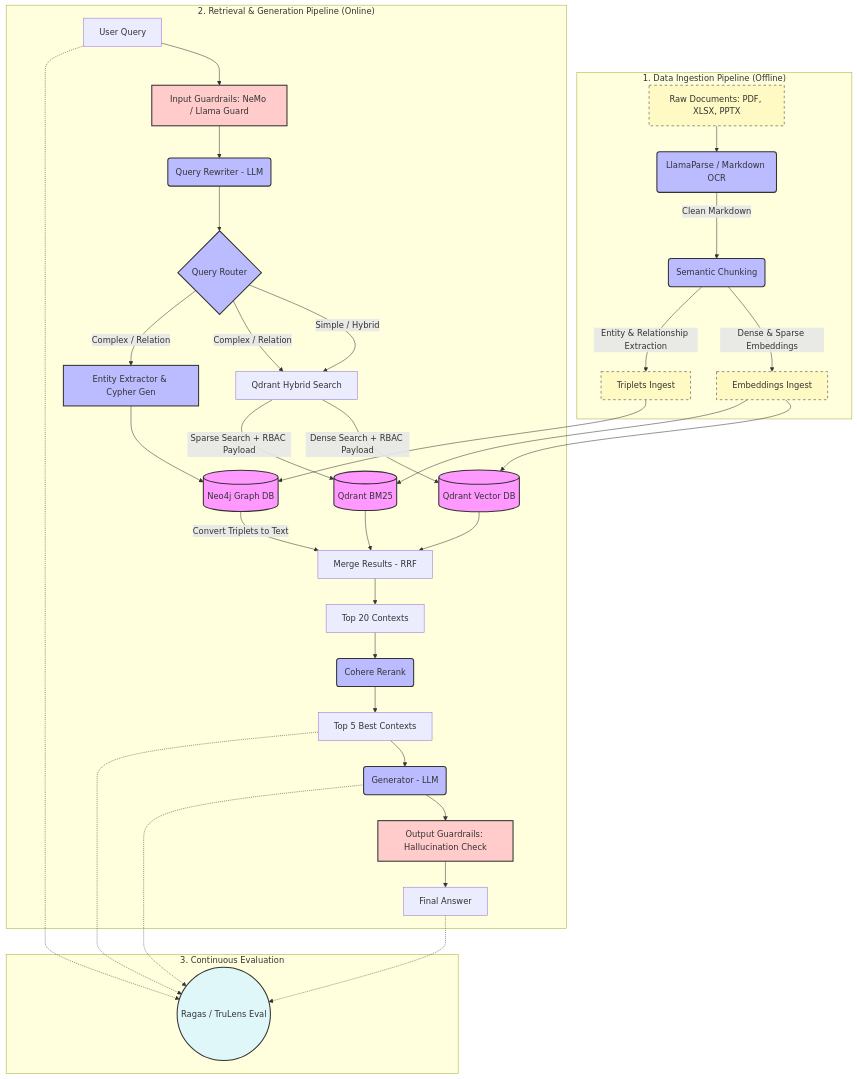
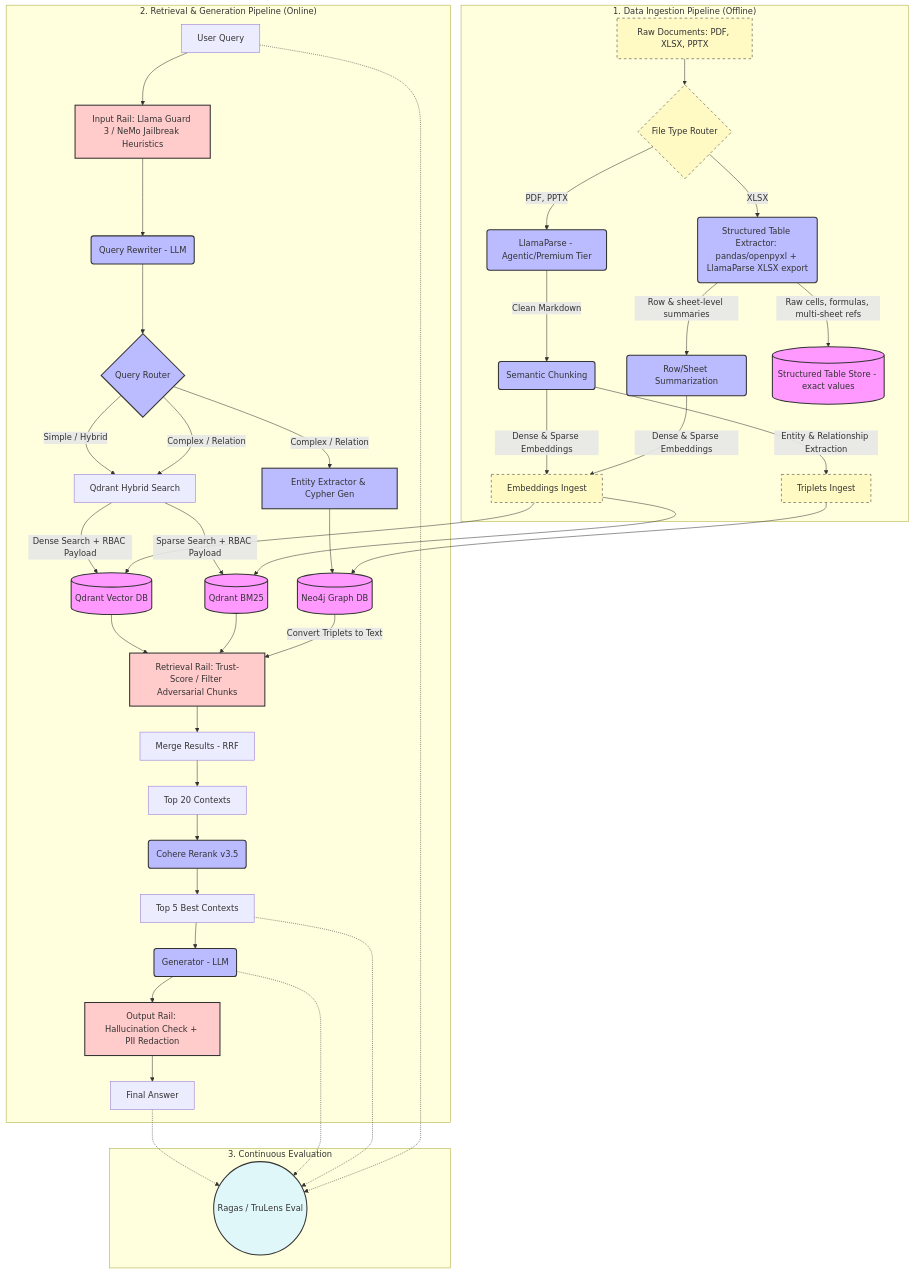
The diagram in README.md (le-dat/rag-enterprise), drawn with Mermaid before and after one commit. The commit also changed other lines of this file and 16 other files, not shown here.

Commit message:
docs: update system architecture and ingestion strategy documentation while removing unused legacy source code

````diff
--- a/README.md
+++ b/README.md
@@ -7,67 +7,74 @@
 ```mermaid
 graph TD
-    %% 1. Ingestion Pipeline (Dotted/Dashed flows)
+    %% 1. Ingestion Pipeline
     subgraph Ingestion_Pipeline ["1. Data Ingestion Pipeline (Offline)"]
-        Docs[Raw Documents: PDF, XLSX, PPTX] --> LP(LlamaParse / Markdown OCR)
+        Docs[Raw Documents: PDF, XLSX, PPTX] --> Router{File Type Router}
+        Router -->|PDF, PPTX| LP(LlamaParse - Agentic/Premium Tier)
+        Router -->|XLSX| XP(Structured Table Extractor: pandas/openpyxl + LlamaParse XLSX export)
         LP -->|Clean Markdown| SC(Semantic Chunking)
+        XP -->|Row & sheet-level summaries| SC2(Row/Sheet Summarization)
+        XP -->|Raw cells, formulas, multi-sheet refs| STORE_RAW[(Structured Table Store - exact values)]
         SC -->|Dense & Sparse Embeddings| Q_Ingest[Embeddings Ingest]
+        SC2 -->|Dense & Sparse Embeddings| Q_Ingest
         SC -->|Entity & Relationship Extraction| N_Ingest[Triplets Ingest]
     end
 
-    %% 2. Retrieval & Generation Pipeline (Online)
+    %% 2. Retrieval & Generation Pipeline
     subgraph Query_Pipeline ["2. Retrieval & Generation Pipeline (Online)"]
-        User[User Query] --> IG[Input Guardrails: NeMo / Llama Guard]
+        User[User Query] --> IG[Input Rail: Llama Guard 3 / NeMo Jailbreak Heuristics]
         IG --> B(Query Rewriter - LLM)
         B --> QR{Query Router}
-        
+
         %% Routing
         QR -->|Simple / Hybrid| H_Search[Qdrant Hybrid Search]
         QR -->|Complex / Relation| H_Search
         QR -->|Complex / Relation| EE[Entity Extractor & Cypher Gen]
-        
+
         %% Database Retrieval with RBAC
         H_Search -->|Dense Search + RBAC Payload| D1[(Qdrant Vector DB)]
         H_Search -->|Sparse Search + RBAC Payload| D2[(Qdrant BM25)]
         EE --> E[(Neo4j Graph DB)]
-        
+
+        %% Retrieval Rail (NEW) - filters poisoned/adversarial chunks BEFORE fusion
+        D1 --> RR[Retrieval Rail: Trust-Score / Filter Adversarial Chunks]
+        D2 --> RR
+        E -->|Convert Triplets to Text| RR
+
         %% Merge & Rerank
-        D1 --> F[Merge Results - RRF]
-        D2 --> F
-        E -->|Convert Triplets to Text| F
-        
+        RR --> F[Merge Results - RRF]
         F --> G[Top 20 Contexts]
-        G --> H(Cohere Rerank)
+        G --> H(Cohere Rerank v3.5)
         H --> I[Top 5 Best Contexts]
         I --> J(Generator - LLM)
-        
+
         %% Output Guardrails
-        J --> OG[Output Guardrails: Hallucination Check]
+        J --> OG[Output Rail: Hallucination Check + PII Redaction]
         OG --> Answer[Final Answer]
     end
 
     %% 3. Continuous Evaluation
     subgraph Eval_System ["3. Continuous Evaluation"]
         Answer -.-> EV((Ragas / TruLens Eval))
         J -.-> EV
         I -.-> EV
         User -.-> EV
     end
 
     %% Connect Ingestion to DBs
     Q_Ingest --> D1
     Q_Ingest --> D2
     N_Ingest --> E
 
     %% CSS Styling
     classDef db fill:#f9f,stroke:#333,stroke-width:2px;
     classDef llm fill:#bbf,stroke:#333,stroke-width:2px;
     classDef guard fill:#ffcccb,stroke:#333,stroke-width:2px;
     classDef eval fill:#e0f7fa,stroke:#333,stroke-width:2px;
     classDef ingest fill:#fff9c4,stroke:#333,stroke-dasharray: 5 5;
-    
-    class D1,D2,E db;
-    class B,QR,EE,H,J,LP,SC llm;
-    class IG,OG guard;
+
+    class D1,D2,E,STORE_RAW db;
+    class B,QR,EE,H,J,LP,SC,SC2,XP llm;
+    class IG,OG,RR guard;
     class EV eval;
-    class Docs,Q_Ingest,N_Ingest ingest;
+    class Docs,Q_Ingest,N_Ingest,Router ingest;
 ```
````
